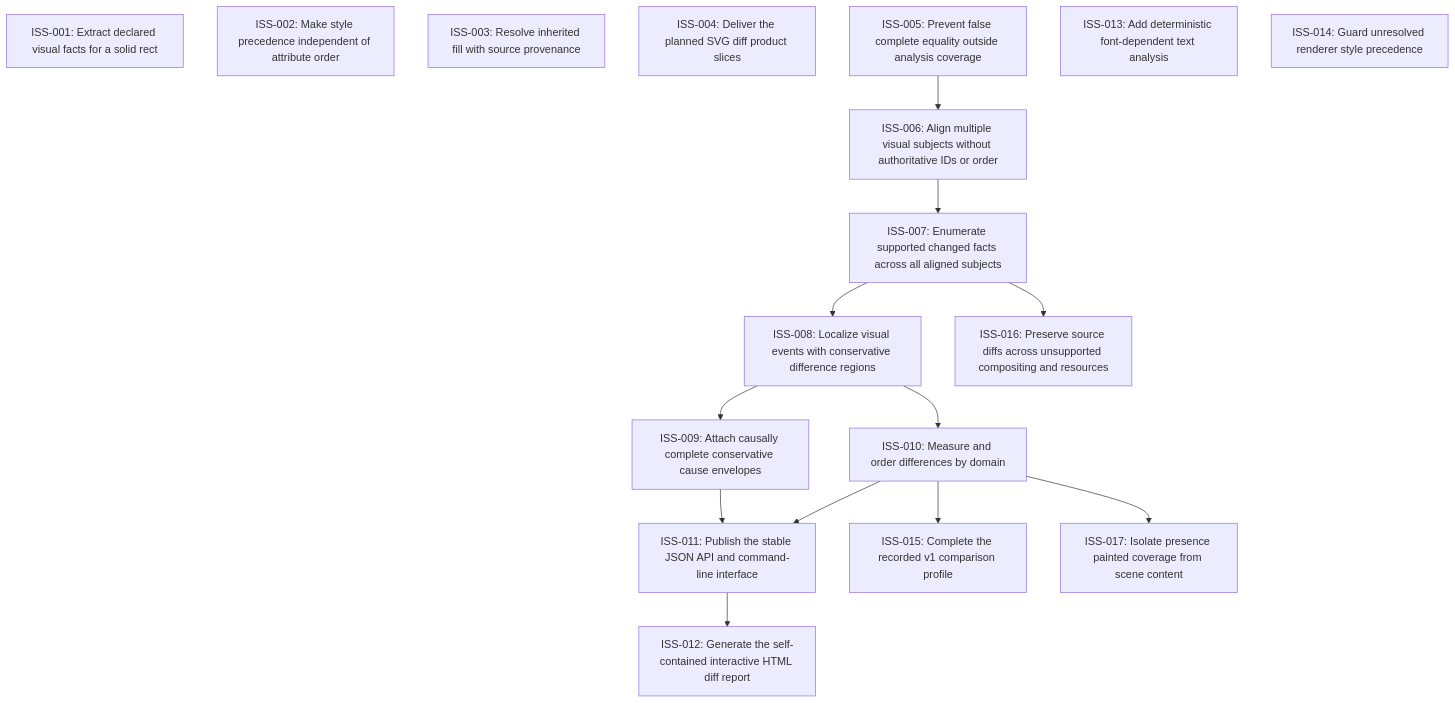
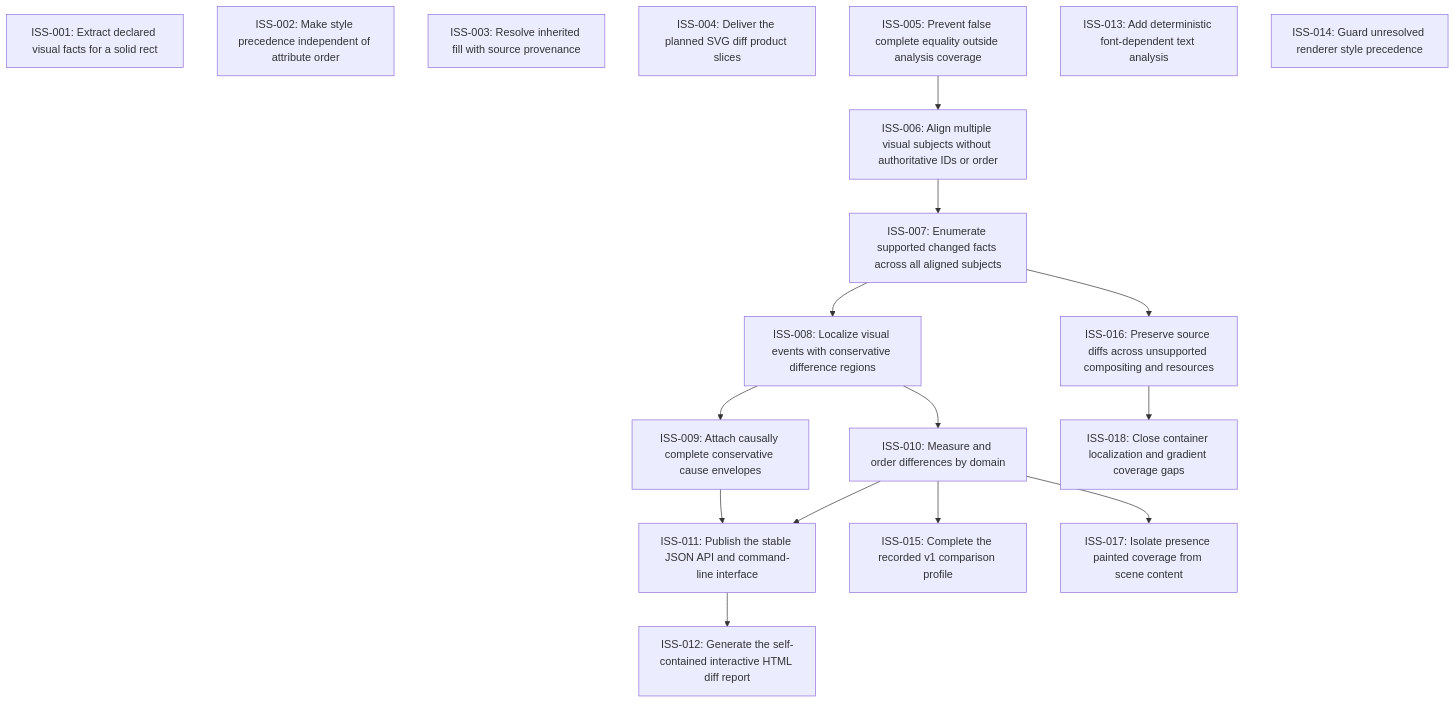
Before and after one commit to moonbit-community/svgdiff: the diagram in issues/README.md, drawn with Mermaid. The commit also changed 6 other files, not shown here.

Commit message:
Close SVG container and gradient coverage gaps

````diff
--- a/issues/README.md
+++ b/issues/README.md
@@ -19,31 +19,33 @@
 ```mermaid
 graph TD
   ISS_001["ISS-001: Extract declared visual facts for a solid rect"]
   ISS_002["ISS-002: Make style precedence independent of attribute order"]
   ISS_003["ISS-003: Resolve inherited fill with source provenance"]
   ISS_004["ISS-004: Deliver the planned SVG diff product slices"]
   ISS_005["ISS-005: Prevent false complete equality outside analysis coverage"]
   ISS_006["ISS-006: Align multiple visual subjects without authoritative IDs or order"]
   ISS_007["ISS-007: Enumerate supported changed facts across all aligned subjects"]
   ISS_008["ISS-008: Localize visual events with conservative difference regions"]
   ISS_009["ISS-009: Attach causally complete conservative cause envelopes"]
   ISS_010["ISS-010: Measure and order differences by domain"]
   ISS_011["ISS-011: Publish the stable JSON API and command-line interface"]
   ISS_012["ISS-012: Generate the self-contained interactive HTML diff report"]
   ISS_013["ISS-013: Add deterministic font-dependent text analysis"]
   ISS_014["ISS-014: Guard unresolved renderer style precedence"]
   ISS_015["ISS-015: Complete the recorded v1 comparison profile"]
   ISS_016["ISS-016: Preserve source diffs across unsupported compositing and resources"]
   ISS_017["ISS-017: Isolate presence painted coverage from scene content"]
+  ISS_018["ISS-018: Close container localization and gradient coverage gaps"]
   ISS_005 --> ISS_006
   ISS_006 --> ISS_007
   ISS_007 --> ISS_008
   ISS_008 --> ISS_009
   ISS_008 --> ISS_010
   ISS_009 --> ISS_011
   ISS_010 --> ISS_011
   ISS_011 --> ISS_012
   ISS_010 --> ISS_015
   ISS_007 --> ISS_016
   ISS_010 --> ISS_017
+  ISS_016 --> ISS_018
 ```
````
